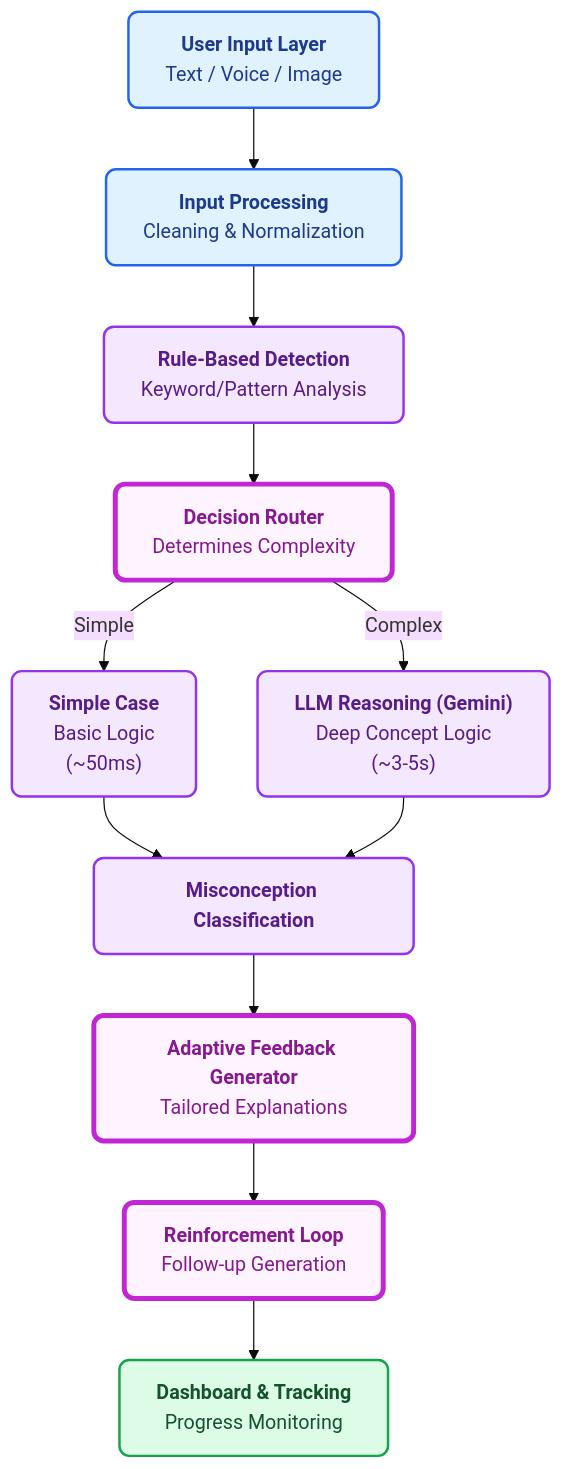
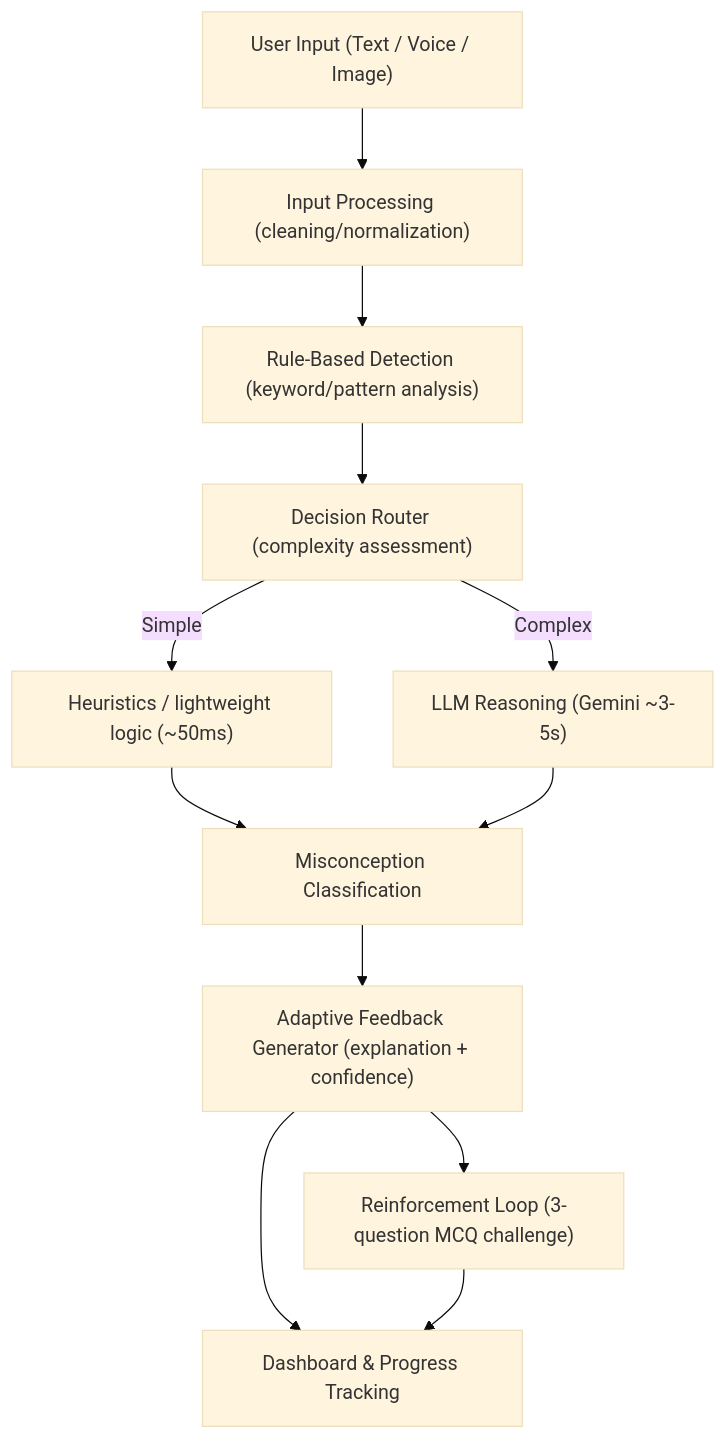
One commit to Wish0604/AMCE changed the diagram in README.md. Above: the diagram before and after it, drawn with Mermaid (base theme). The commit also changed other lines of this file and 1 other file, not shown here.

````diff
--- a/README.md
+++ b/README.md
@@ -24,18 +29,14 @@
 ```mermaid
 graph TD
-    classDef input fill:#e0f2fe,stroke:#2563eb,stroke-width:2px,color:#1e3a8a,rx:8px,ry:8px;
-    classDef ailayer fill:#f3e8ff,stroke:#9333ea,stroke-width:2px,color:#581c87,rx:8px,ry:8px;
-    classDef highlight fill:#fdf4ff,stroke:#c026d3,stroke-width:4px,color:#86198f,rx:8px,ry:8px;
-    classDef output fill:#dcfce7,stroke:#16a34a,stroke-width:2px,color:#14532d,rx:8px,ry:8px;
-
-    A["<b>User Input Layer</b><br/>Text / Voice / Image"]:::input --> B["<b>Input Processing</b><br/>Cleaning & Normalization"]:::input
-    B --> C["<b>Rule-Based Detection</b><br/>Keyword/Pattern Analysis"]:::ailayer
-    C --> D["<b>Decision Router</b><br/>Determines Complexity"]:::highlight
-    D -->|Simple| E["<b>Simple Case</b><br/>Basic Logic<br/>(~50ms)"]:::ailayer
-    D -->|Complex| F["<b>LLM Reasoning (Gemini)</b><br/>Deep Concept Logic<br/>(~3-5s)"]:::ailayer
-    E --> H["<b>Misconception Classification</b>"]:::ailayer
-    F --> H
-    H --> I["<b>Adaptive Feedback Generator</b><br/>Tailored Explanations"]:::highlight
-    I --> J["<b>Reinforcement Loop</b><br/>Follow-up Generation"]:::highlight
-    J --> K["<b>Dashboard & Tracking</b><br/>Progress Monitoring"]:::output
+  A["User Input (Text / Voice / Image)"] --> B["Input Processing (cleaning/normalization)"]
+  B --> C["Rule-Based Detection (keyword/pattern analysis)"]
+  C --> D["Decision Router (complexity assessment)"]
+  D -->|Simple| E["Heuristics / lightweight logic (~50ms)"]
+  D -->|Complex| F["LLM Reasoning (Gemini ~3-5s)"]
+  E --> G["Misconception Classification"]
+  F --> G
+  G --> H["Adaptive Feedback Generator (explanation + confidence)"]
+  H --> I["Reinforcement Loop (3-question MCQ challenge)"]
+  H --> J["Dashboard & Progress Tracking"]
+  I --> J
 ```
````
